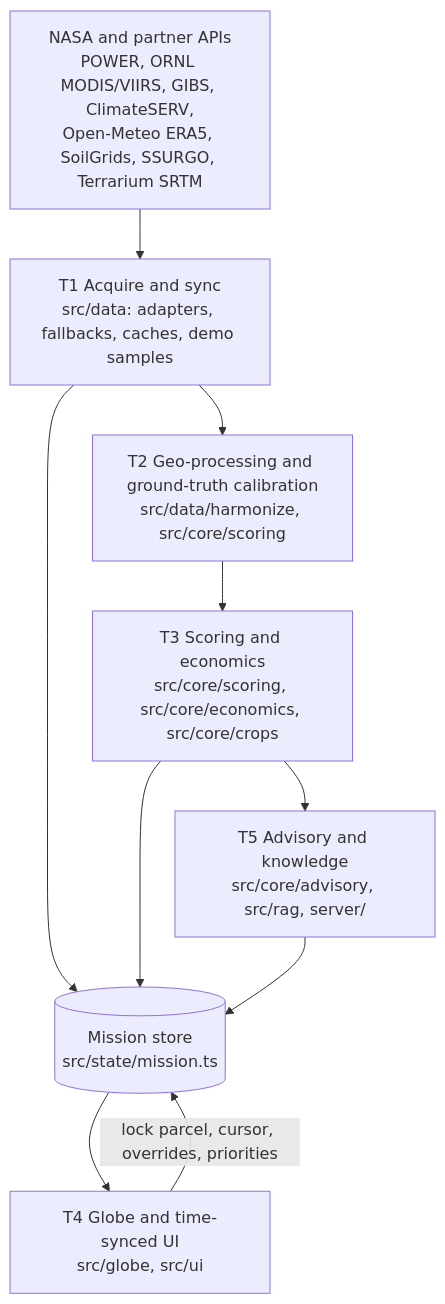
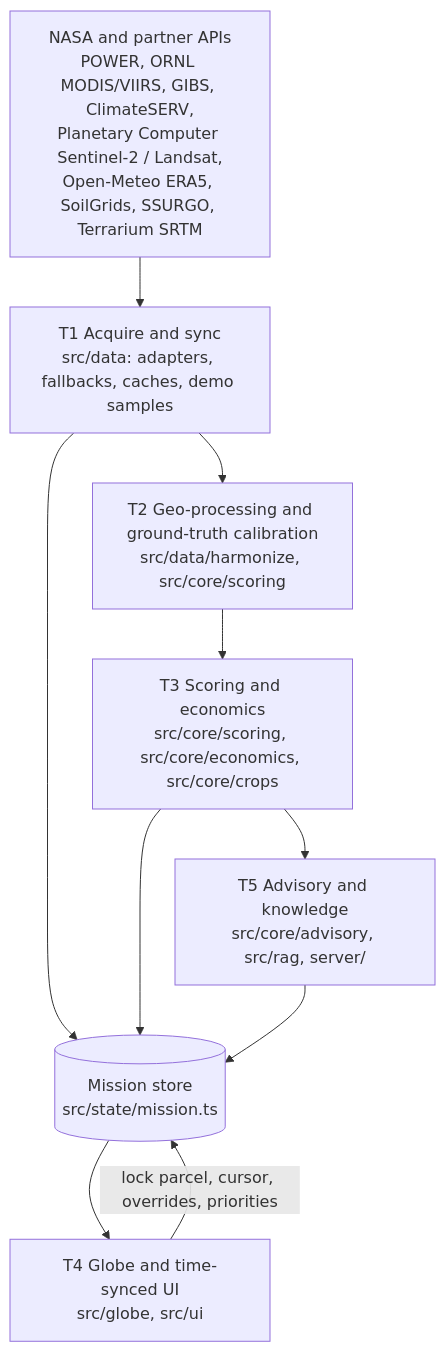
Before and after one commit to khoaminh2957/astrovivu-field-shift: the diagram in README.md, drawn with Mermaid. The commit also changed other lines of this file and 2 other files, not shown here.

````diff
--- a/README.md
+++ b/README.md
@@ -42,16 +55,16 @@
 ```mermaid
 flowchart TB
-  APIs["NASA and partner APIs<br/>POWER, ORNL MODIS/VIIRS, GIBS, ClimateSERV,<br/>Open-Meteo ERA5, SoilGrids, SSURGO, Terrarium SRTM"]
+  APIs["NASA and partner APIs<br/>POWER, ORNL MODIS/VIIRS, GIBS, ClimateSERV,<br/>Planetary Computer Sentinel-2 / Landsat,<br/>Open-Meteo ERA5, SoilGrids, SSURGO, Terrarium SRTM"]
   T1["T1 Acquire and sync<br/>src/data: adapters, fallbacks, caches, demo samples"]
   T2["T2 Geo-processing and ground-truth calibration<br/>src/data/harmonize, src/core/scoring"]
   T3["T3 Scoring and economics<br/>src/core/scoring, src/core/economics, src/core/crops"]
   T5["T5 Advisory and knowledge<br/>src/core/advisory, src/rag, server/"]
   S[("Mission store<br/>src/state/mission.ts")]
   T4["T4 Globe and time-synced UI<br/>src/globe, src/ui"]
   APIs --> T1 --> T2 --> T3 --> T5
   T1 --> S
   T3 --> S
   T5 --> S
   S --> T4
   T4 -- "lock parcel, cursor, overrides, priorities" --> S
 ```
````
